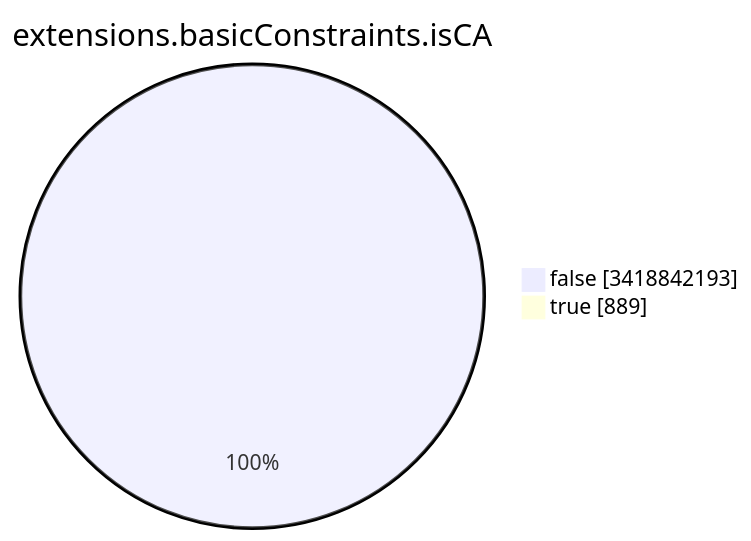
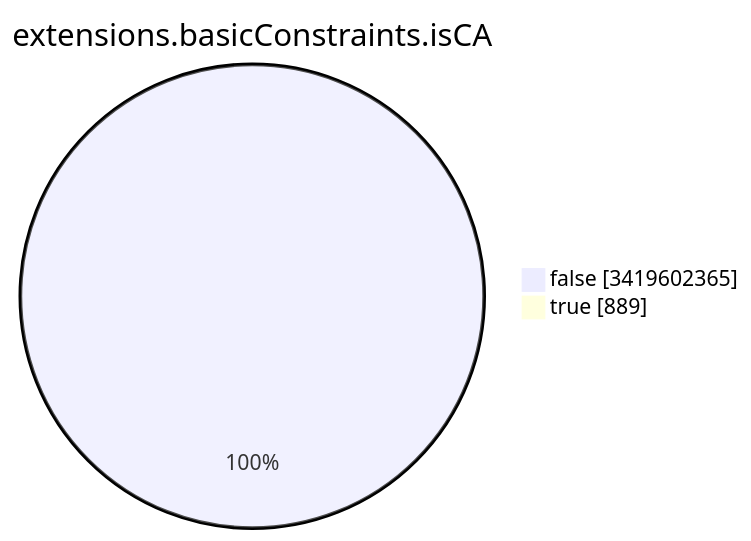
The seventh of 15 diagrams in TOTAL/README.md (christiankrug/ctmonitor_visualization), drawn with Mermaid before and after one commit. The commit also changed other lines of this file, not shown here.

````diff
--- a/TOTAL/README.md
+++ b/TOTAL/README.md
@@ -3092,6 +3092,6 @@
 ```mermaid
 pie showData
 title extensions.basicConstraints.isCA
-"false" :3418842193
+"false" :3419602365
 "true" :889
 ```
````
